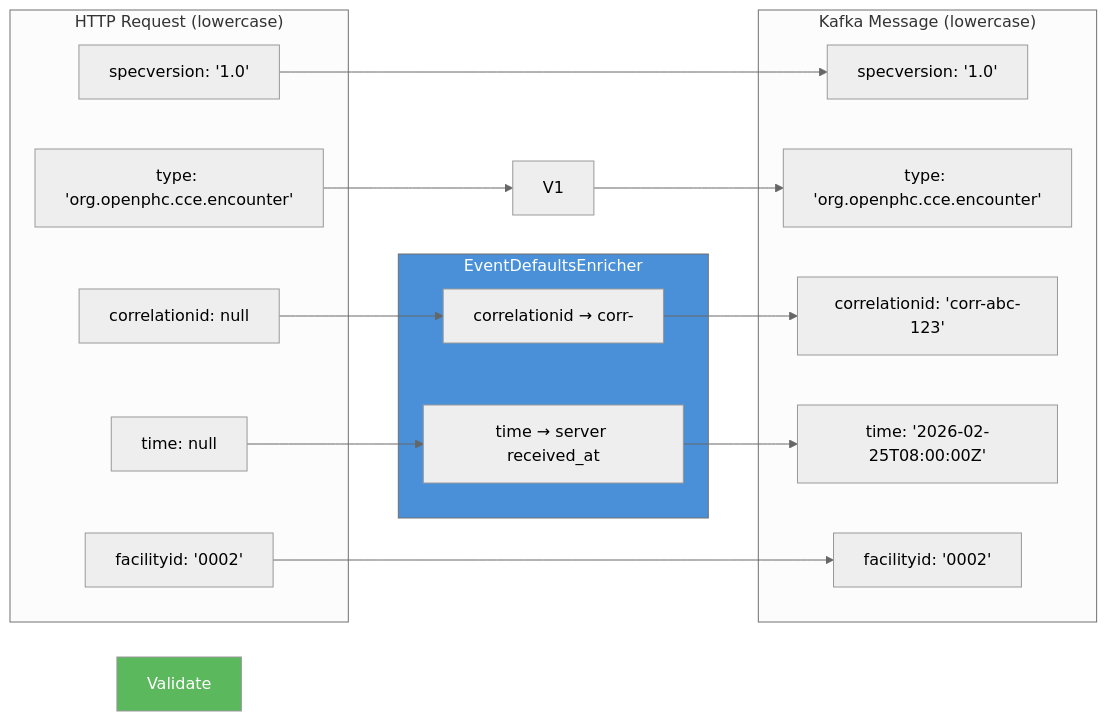
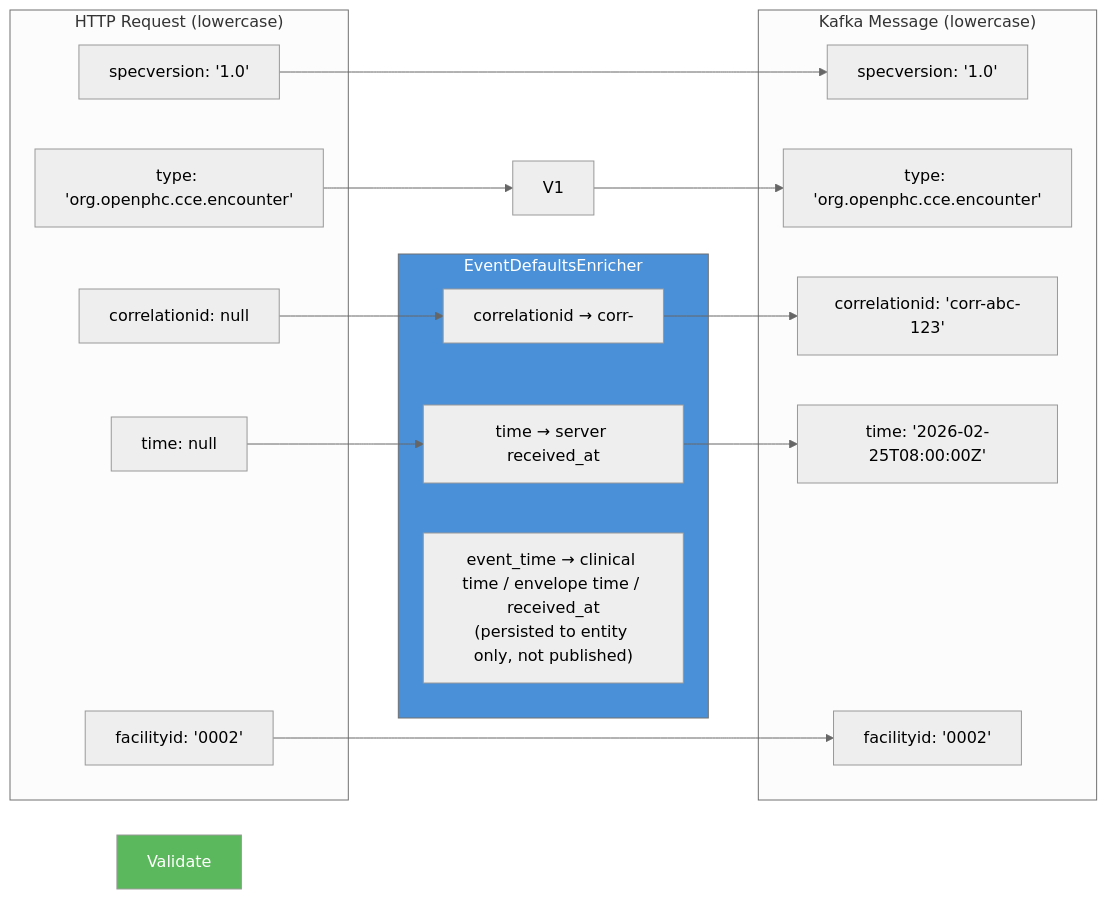
The seventh of 7 diagrams in docs/flow-diagrams.md (Jayaprakash8887/cce-collector-service), drawn with Mermaid (neutral theme) before and after one commit. The commit also changed other lines of this file and 9 other files, not shown here.

Commit message:
Update: extract and enrich new col event_time to table inbound_event_log

````diff
--- a/docs/flow-diagrams.md
+++ b/docs/flow-diagrams.md
@@ -220,32 +221,33 @@
 ```mermaid
 flowchart LR
     subgraph Input["HTTP Request (lowercase)"]
         A1["specversion: '1.0'"]
         A2["type: 'org.openphc.cce.encounter'"]
         A3["correlationid: null"]
         A4["time: null"]
         A5["facilityid: '0002'"]
     end
 
     subgraph Defaults["EventDefaultsEnricher"]
         N2["correlationid → corr-<uuid>"]
         N3["time → server received_at"]
+        N4["event_time → clinical time / envelope time / received_at<br/>(persisted to entity only, not published)"]
     end
 
     subgraph Output["Kafka Message (lowercase)"]
         B1["specversion: '1.0'"]
         B2["type: 'org.openphc.cce.encounter'"]
         B3["correlationid: 'corr-abc-123'"]
         B4["time: '2026-02-25T08:00:00Z'"]
         B5["facilityid: '0002'"]
     end
 
     A1 --> B1
     A2 --> V1 --> B2
     A3 --> N2 --> B3
     A4 --> N3 --> B4
     A5 --> B5
 
     style Validate fill:#5cb85c,color:#fff
     style Defaults fill:#4a90d9,color:#fff
 ```
````
